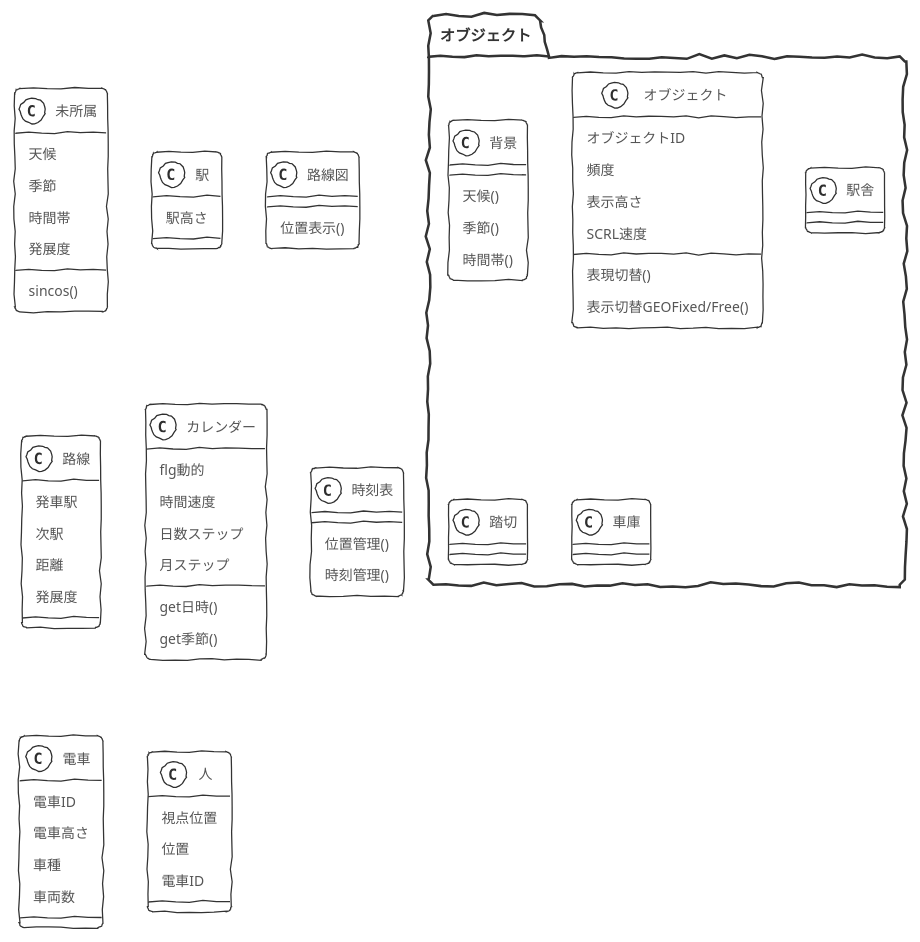
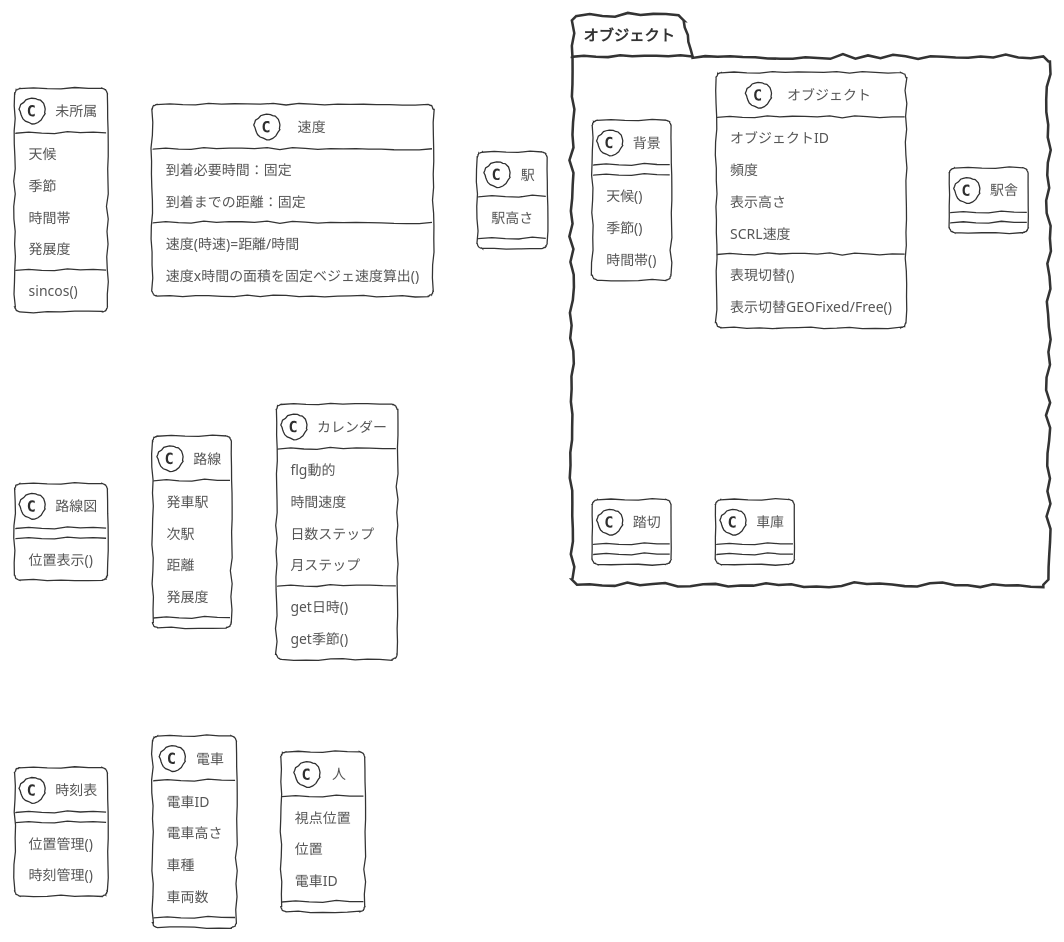
One commit to ssmxgo/tazawa_prj01 changed the diagram in tazawa.puml. Above: the diagram before and after it, drawn with PlantUML.

Commit message:
自動速度算出考察

```diff
--- a/tazawa.puml
+++ b/tazawa.puml
@@ -1,73 +1,82 @@
 @startuml まとめ
 !theme sketchy-outline
 class 未所属{
     天候
     季節
     時間帯
     発展度
     sincos()
 }
+
+Class 速度{
+到着必要時間：固定
+到着までの距離：固定
+速度(時速)=距離/時間
+速度x時間の面積を固定ベジェ速度算出()
+
+}
+
 class 駅 {
     駅高さ
 }
 
 class 路線図 {
     位置表示()
 }
 class 路線 {
     発車駅
     次駅
     距離
     発展度
 }
 class カレンダー{
     flg動的
     時間速度
     日数ステップ
     月ステップ
     get日時()
     get季節()
 }
 class 時刻表{
     位置管理()
     時刻管理()
 }
 
 class 電車 {
     電車ID
     電車高さ
     車種
     車両数
 }
 
 class 人 {
     視点位置
     位置
     電車ID
 }
 
 package オブジェクト{
 class 背景{
     天候()
     季節()
     時間帯()
 }
 
 
 
 '各風景 駅舎 建築物
 class オブジェクト{
     オブジェクトID
     頻度
     表示高さ
     SCRL速度
     表現切替()
     表示切替GEOFixed/Free()
 }
 class 駅舎{}
 class 踏切{}
 class 車庫{}
 
 }
 
 @enduml
```
